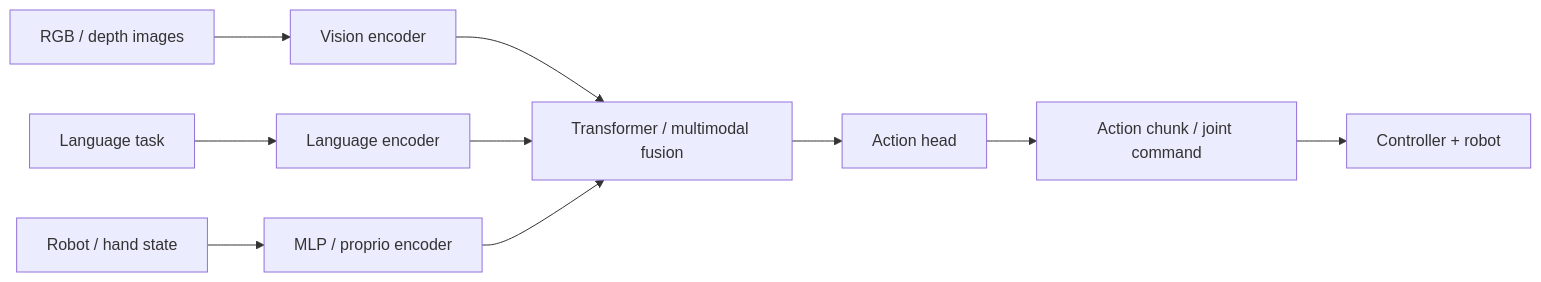
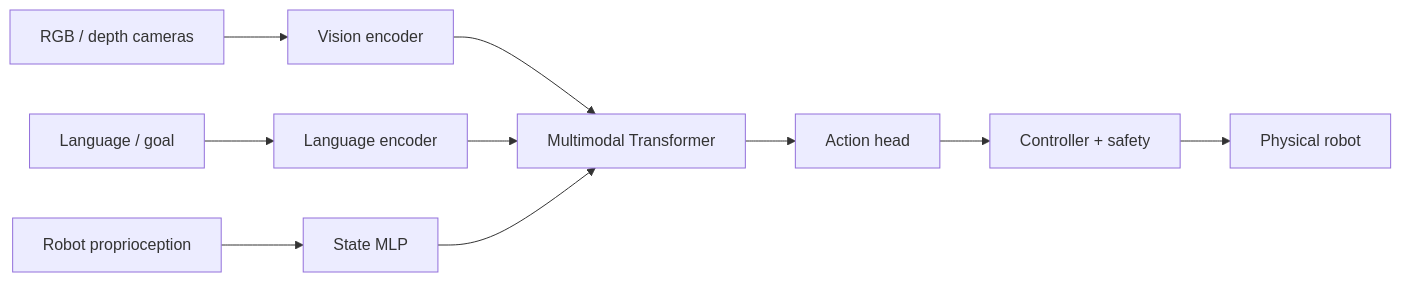
Before and after one commit to zengxiong111/Foundation_of_Embodied_AI: the fourth of 4 diagrams in md/Deep_Learning_Foundations_EN.md, drawn with Mermaid. The commit also changed other lines of this file and 10 other files, not shown here.

````diff
--- a/md/Deep_Learning_Foundations_EN.md
+++ b/md/Deep_Learning_Foundations_EN.md
@@ -362,12 +525,12 @@
 ```mermaid
 flowchart LR
-    I[RGB / depth images] --> V[Vision encoder]
-    T[Language task] --> L[Language encoder]
-    Q[Robot / hand state] --> P[MLP / proprio encoder]
-    V --> F[Transformer / multimodal fusion]
-    L --> F
-    P --> F
+    V[RGB / depth cameras] --> EV[Vision encoder]
+    G[Language / goal] --> EG[Language encoder]
+    Q[Robot proprioception] --> EQ[State MLP]
+    EV --> F[Multimodal Transformer]
+    EG --> F
+    EQ --> F
     F --> H[Action head]
-    H --> A[Action chunk / joint command]
-    A --> C[Controller + robot]
+    H --> C[Controller + safety]
+    C --> R[Physical robot]
 ```
````
